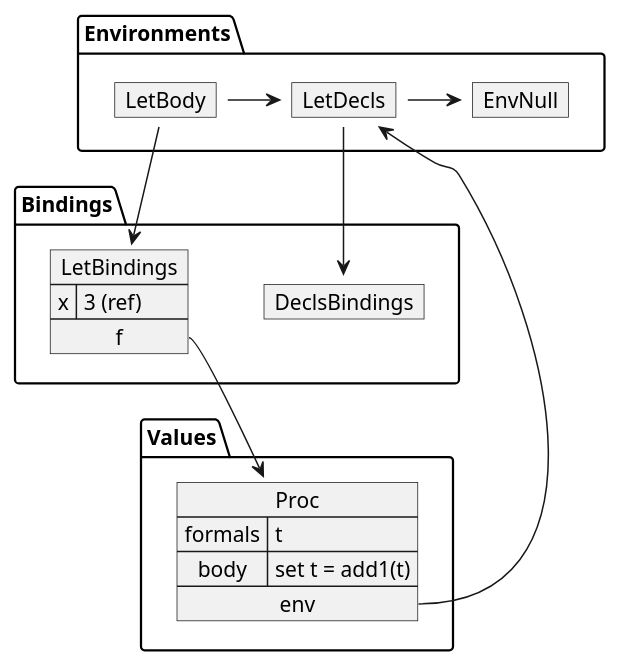
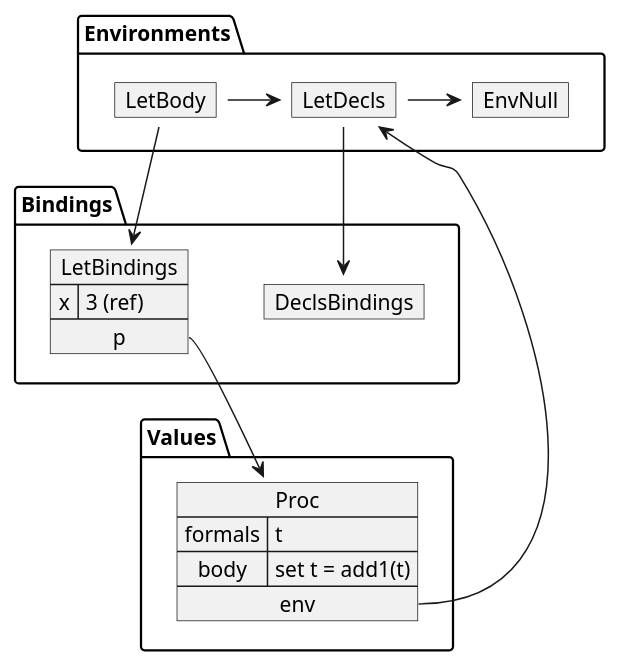
Before and after one commit to ourPLCC/course-materials-ng: the sixth of 7 diagrams in textbook/14-set.md, drawn with PlantUML. The commit also changed other lines of this file, not shown here.

Commit message:
fix: Fix two identified problems (issue #69)

````diff
--- a/textbook/14-set.md
+++ b/textbook/14-set.md
@@ -306,44 +306,44 @@
 ```plantuml
 @startuml
 package Environments {
     map "EnvNull" as empty {
     }
 }
 
 package Bindings {
     map "DeclsBindings" as DeclsBindings {
     }
 }
 
 package Environments {
     map "LetDecls" as decls {
     }
 }
 
 decls -> empty
 decls --> DeclsBindings
 
 package Values {
     map "Proc" as Proc {
         formals => t
         body => set t = add1(t)
         env *--> Environments.decls
     }
 }
 
 package Bindings {
     map "LetBindings" as LetBindings {
         x => 3 (ref)
-        f *--> Values.Proc
+        p *--> Values.Proc
     }
 }
 
 package Environments {
     map "LetBody" as body {
 
     }
 }
 body -> decls
 body --> LetBindings
 @enduml
 ```
````
